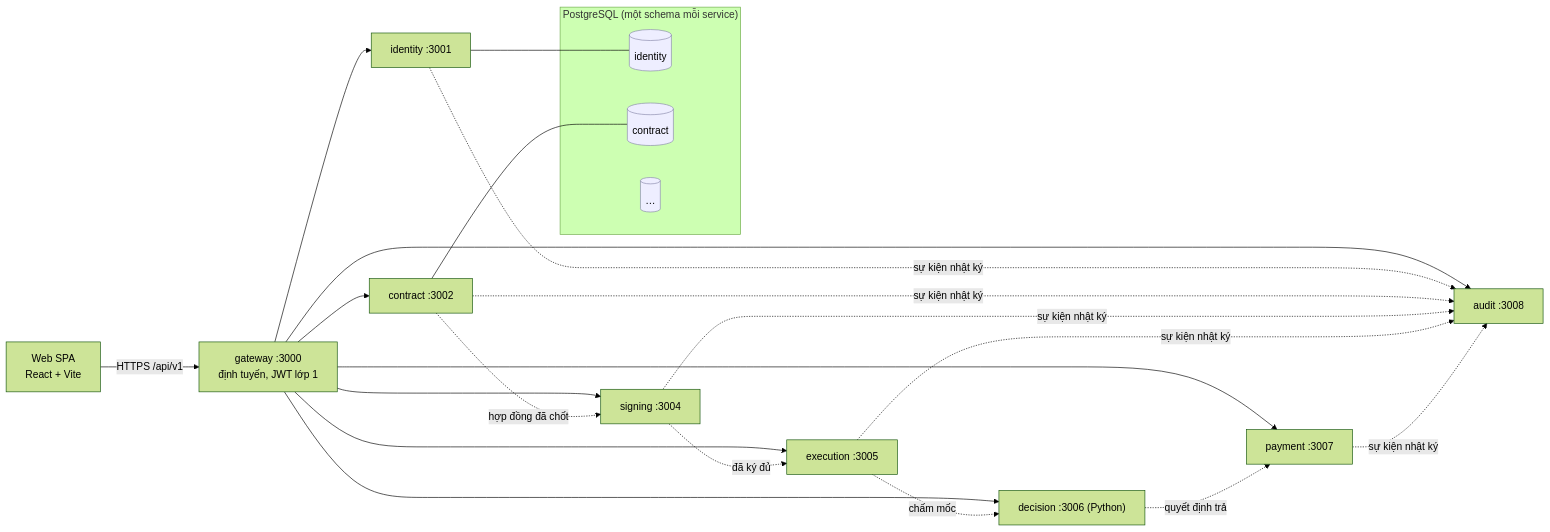
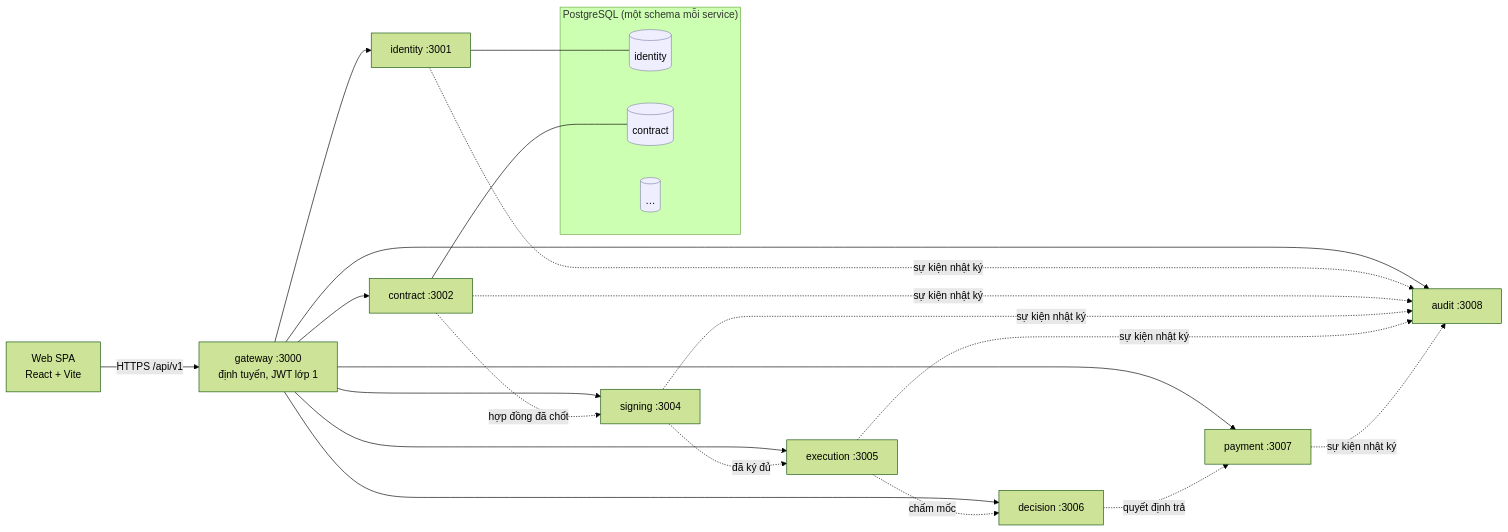
The first of 3 diagrams in docs/HE_THONG.md (Tunhoclaptrinh/smart-contract-services), drawn with Mermaid (forest theme) before and after one commit. The commit also changed other lines of this file and 7 other files, not shown here.

````diff
--- a/docs/HE_THONG.md
+++ b/docs/HE_THONG.md
@@ -29,24 +29,24 @@
 ```mermaid
 flowchart LR
   web["Web SPA<br/>React + Vite"] -->|HTTPS /api/v1| gw["gateway :3000<br/>định tuyến, JWT lớp 1"]
   gw --> idn["identity :3001"]
   gw --> ctr["contract :3002"]
   gw --> sig["signing :3004"]
   gw --> exe["execution :3005"]
-  gw --> dec["decision :3006 (Python)"]
+  gw --> dec["decision :3006"]
   gw --> pay["payment :3007"]
   gw --> aud["audit :3008"]
   ctr -. "hợp đồng đã chốt" .-> sig
   sig -. "đã ký đủ" .-> exe
   exe -. "chấm mốc" .-> dec
   dec -. "quyết định trả" .-> pay
   idn & ctr & sig & exe & pay -. "sự kiện nhật ký" .-> aud
   subgraph pg["PostgreSQL (một schema mỗi service)"]
     s1[(identity)]:::db
     s2[(contract)]:::db
     s3[(…)]:::db
   end
   idn --- s1
   ctr --- s2
   classDef db fill:#eef,stroke:#88a
 ```
````
